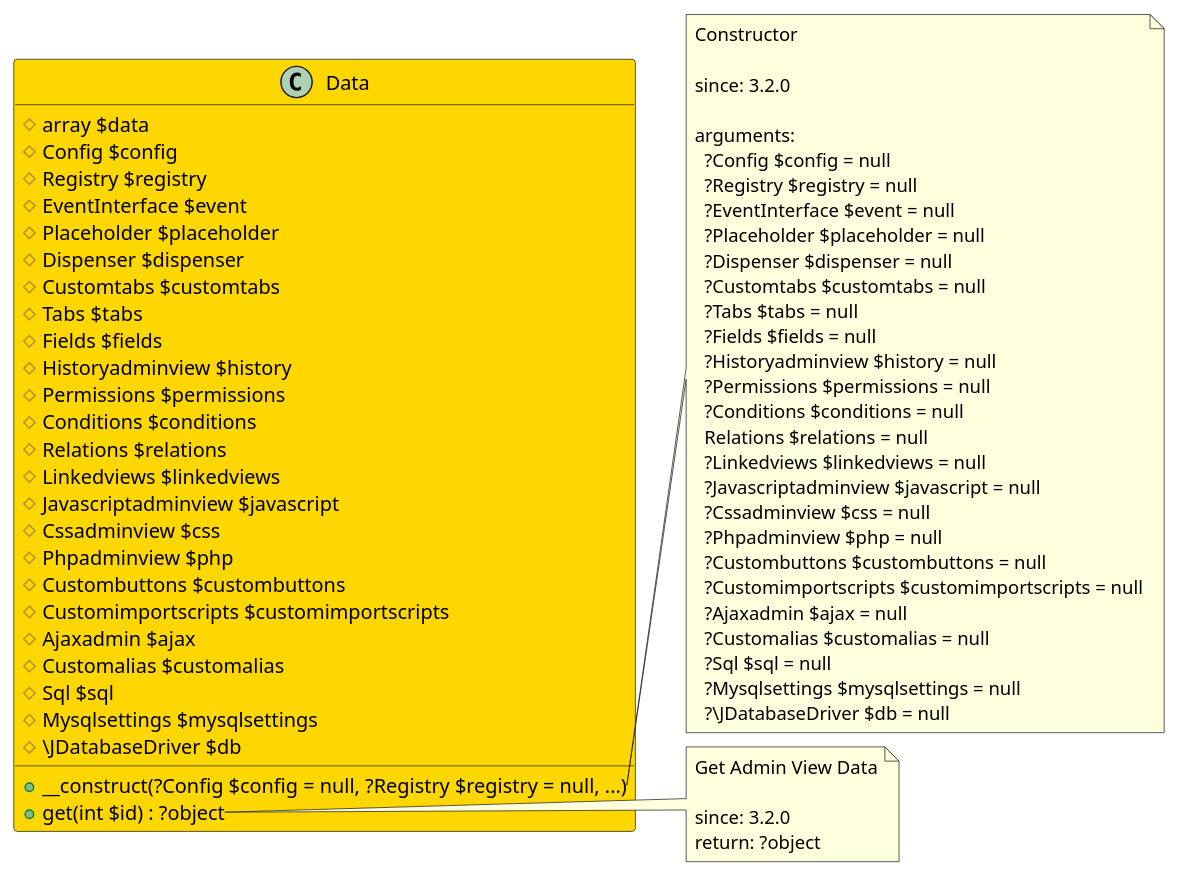
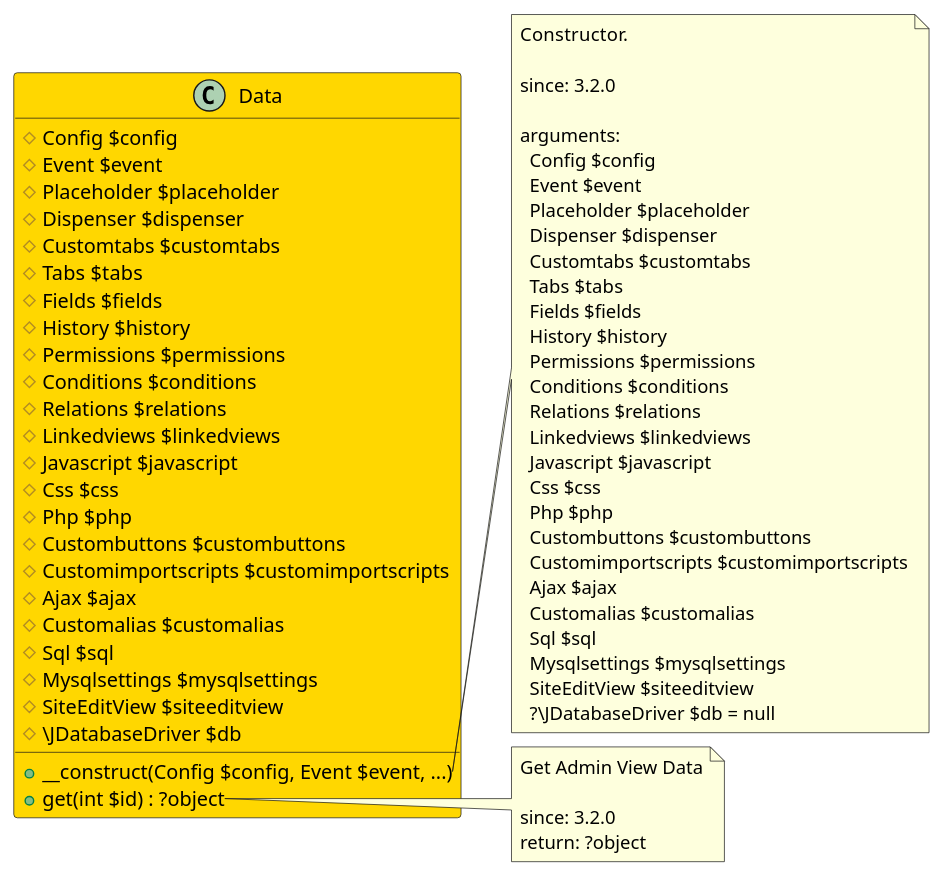
Before and after one commit to joomengine/jcb-compiler: the diagram in src/cef2815b-f72b-402a-b769-f028f676692d/README.md, drawn with PlantUML. The commit also changed 725 other files, not shown here.

````diff
--- a/src/cef2815b-f72b-402a-b769-f028f676692d/README.md
+++ b/src/cef2815b-f72b-402a-b769-f028f676692d/README.md
@@ -11,71 +11,70 @@
 ```uml
 @startuml
 class Data  #Gold {
-  # array $data
   # Config $config
-  # Registry $registry
-  # EventInterface $event
+  # Event $event
   # Placeholder $placeholder
   # Dispenser $dispenser
   # Customtabs $customtabs
   # Tabs $tabs
   # Fields $fields
-  # Historyadminview $history
+  # History $history
   # Permissions $permissions
   # Conditions $conditions
   # Relations $relations
   # Linkedviews $linkedviews
-  # Javascriptadminview $javascript
-  # Cssadminview $css
-  # Phpadminview $php
+  # Javascript $javascript
+  # Css $css
+  # Php $php
   # Custombuttons $custombuttons
   # Customimportscripts $customimportscripts
-  # Ajaxadmin $ajax
+  # Ajax $ajax
   # Customalias $customalias
   # Sql $sql
   # Mysqlsettings $mysqlsettings
+  # SiteEditView $siteeditview
   # \JDatabaseDriver $db
-  + __construct(?Config $config = null, ?Registry $registry = null, ...)
+  + __construct(Config $config, Event $event, ...)
   + get(int $id) : ?object
 }
 
 note right of Data::__construct
-  Constructor
+  Constructor.
 
   since: 3.2.0
   
   arguments:
-    ?Config $config = null
-    ?Registry $registry = null
-    ?EventInterface $event = null
-    ?Placeholder $placeholder = null
-    ?Dispenser $dispenser = null
-    ?Customtabs $customtabs = null
-    ?Tabs $tabs = null
-    ?Fields $fields = null
-    ?Historyadminview $history = null
-    ?Permissions $permissions = null
-    ?Conditions $conditions = null
-    Relations $relations = null
-    ?Linkedviews $linkedviews = null
-    ?Javascriptadminview $javascript = null
-    ?Cssadminview $css = null
-    ?Phpadminview $php = null
-    ?Custombuttons $custombuttons = null
-    ?Customimportscripts $customimportscripts = null
-    ?Ajaxadmin $ajax = null
-    ?Customalias $customalias = null
-    ?Sql $sql = null
-    ?Mysqlsettings $mysqlsettings = null
+    Config $config
+    Event $event
+    Placeholder $placeholder
+    Dispenser $dispenser
+    Customtabs $customtabs
+    Tabs $tabs
+    Fields $fields
+    History $history
+    Permissions $permissions
+    Conditions $conditions
+    Relations $relations
+    Linkedviews $linkedviews
+    Javascript $javascript
+    Css $css
+    Php $php
+    Custombuttons $custombuttons
+    Customimportscripts $customimportscripts
+    Ajax $ajax
+    Customalias $customalias
+    Sql $sql
+    Mysqlsettings $mysqlsettings
+    SiteEditView $siteeditview
     ?\JDatabaseDriver $db = null
 end note
 
 note right of Data::get
   Get Admin View Data
 
   since: 3.2.0
   return: ?object
 end note
  
 @enduml
 ```
````
